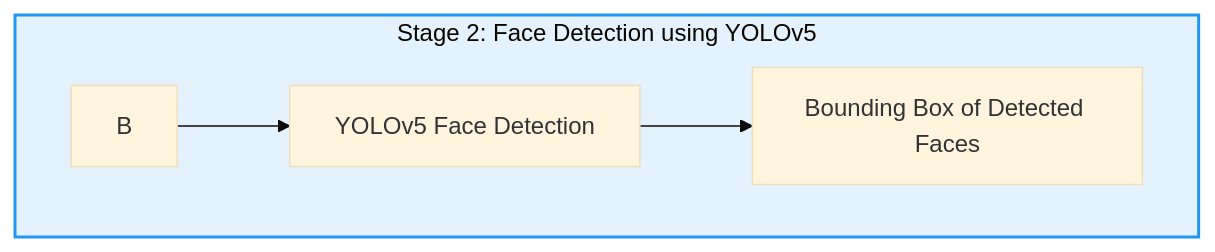
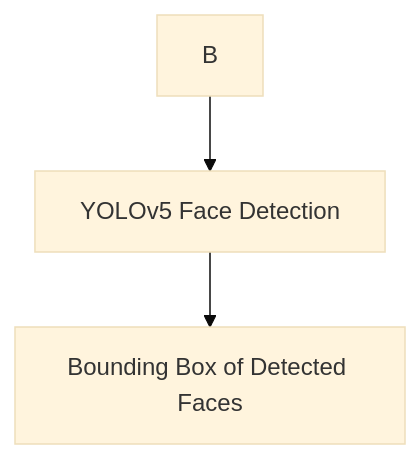
One commit to Tharun-selladurai/face_liveliness_web_platform changed the second of 6 diagrams in README.md. Above: the diagram before and after it, drawn with Mermaid (base theme). The commit also changed other lines of this file, not shown here.

````diff
--- a/README.md
+++ b/README.md
@@ -37,8 +74,5 @@
-```mermaid
-graph TD;
-    subgraph Stage2[Stage 2: Face Detection using YOLOv5]
-    style Stage2 fill:#E3F2FD,stroke:#2196F3,stroke-width:2px;
-        B --> C[YOLOv5 Face Detection]
-        C --> D[Bounding Box of Detected Faces]
-    end
-```
+   ```mermaid
+   graph TD;
+       B --> C[YOLOv5 Face Detection];
+       C --> D[Bounding Box of Detected Faces];
+   ```
````
